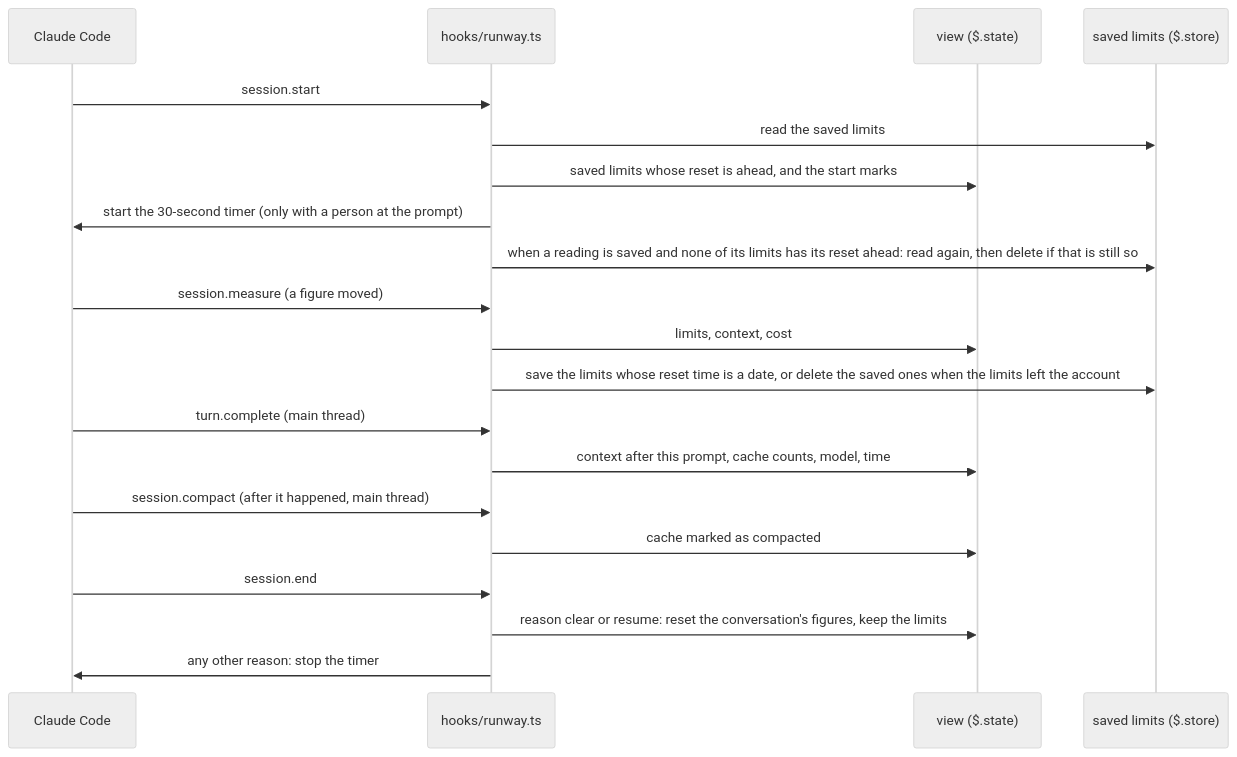
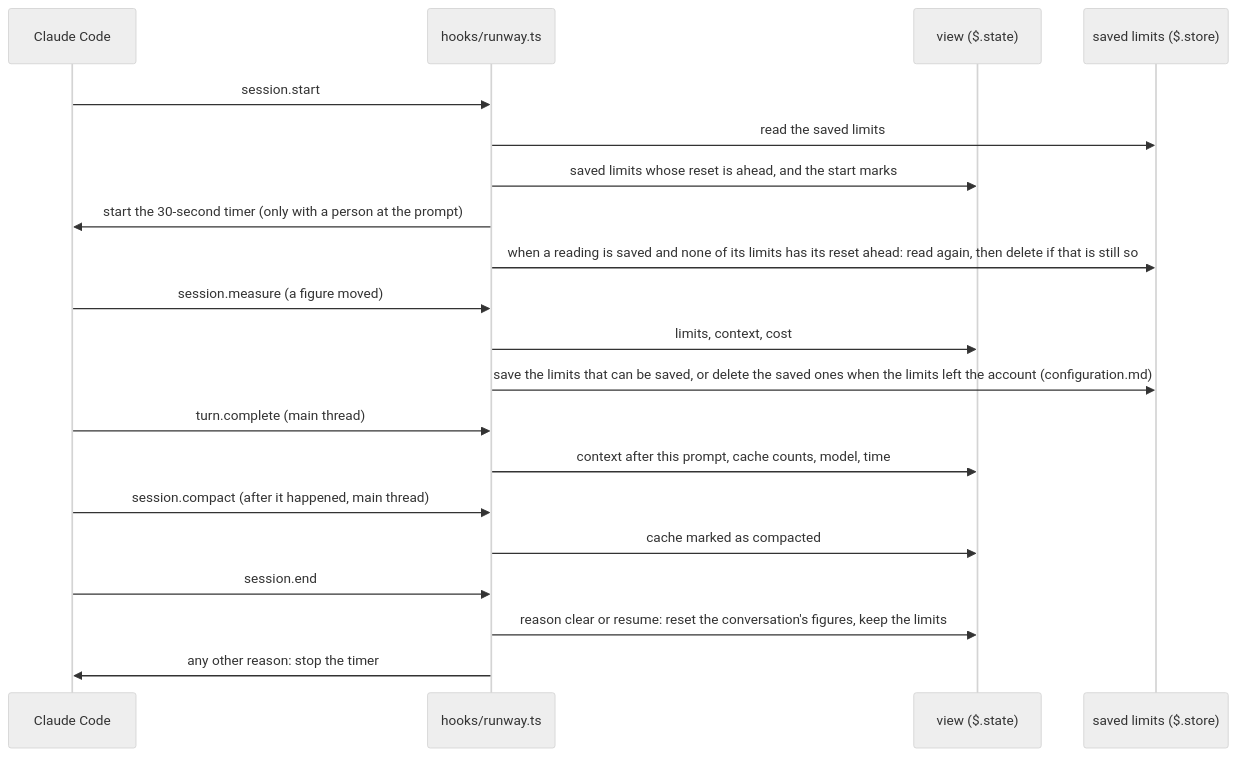
The second of 3 diagrams in docs/architecture.md (tmathura/claude-runway), drawn with Mermaid (neutral theme) before and after one commit. The commit also changed 1 other file, not shown here.

Commit message:
[#10] Address review round 4
Codex: approve. Copilot: approve. code-review: 2 findings.

Fixed:
- code-review: the diagram line in docs/architecture.md repeated the
  save rule that docs/configuration.md holds. The line now says "the
  limits that can be saved" and points to that doc.

rejected: code-review: the sequence diagram shows the save and the delete only under session.measure, not under turn.complete: main has this gap today and the issue does not ask to change the diagram's steps.

````diff
--- a/docs/architecture.md
+++ b/docs/architecture.md
@@ -54,22 +54,22 @@
 ```mermaid
 sequenceDiagram
   participant CC as Claude Code
   participant H as hooks/runway.ts
   participant V as view ($.state)
   participant S as saved limits ($.store)
   CC->>H: session.start
   H->>S: read the saved limits
   H->>V: saved limits whose reset is ahead, and the start marks
   H->>CC: start the 30-second timer (only with a person at the prompt)
   H->>S: when a reading is saved and none of its limits has its reset ahead: read again, then delete if that is still so
   CC->>H: session.measure (a figure moved)
   H->>V: limits, context, cost
-  H->>S: save the limits whose reset time is a date, or delete the saved ones when the limits left the account
+  H->>S: save the limits that can be saved, or delete the saved ones when the limits left the account (configuration.md)
   CC->>H: turn.complete (main thread)
   H->>V: context after this prompt, cache counts, model, time
   CC->>H: session.compact (after it happened, main thread)
   H->>V: cache marked as compacted
   CC->>H: session.end
   H->>V: reason clear or resume: reset the conversation's figures, keep the limits
   H->>CC: any other reason: stop the timer
 ```
````
